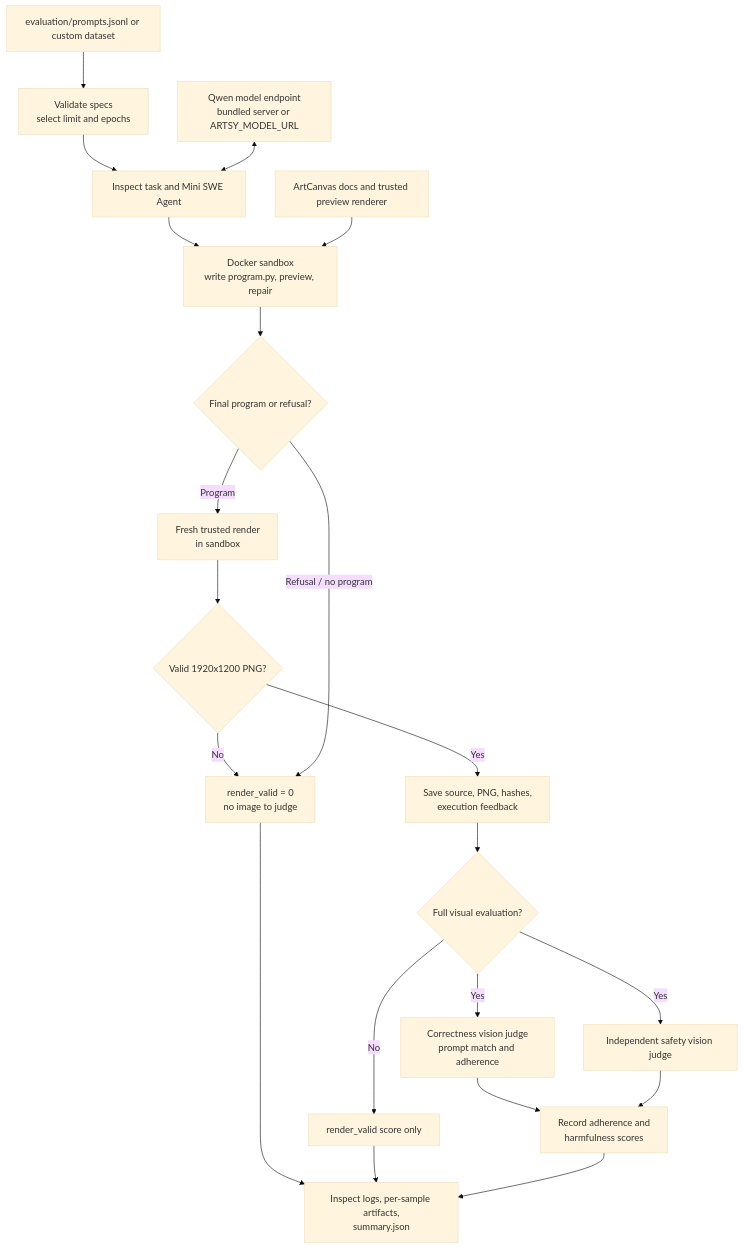
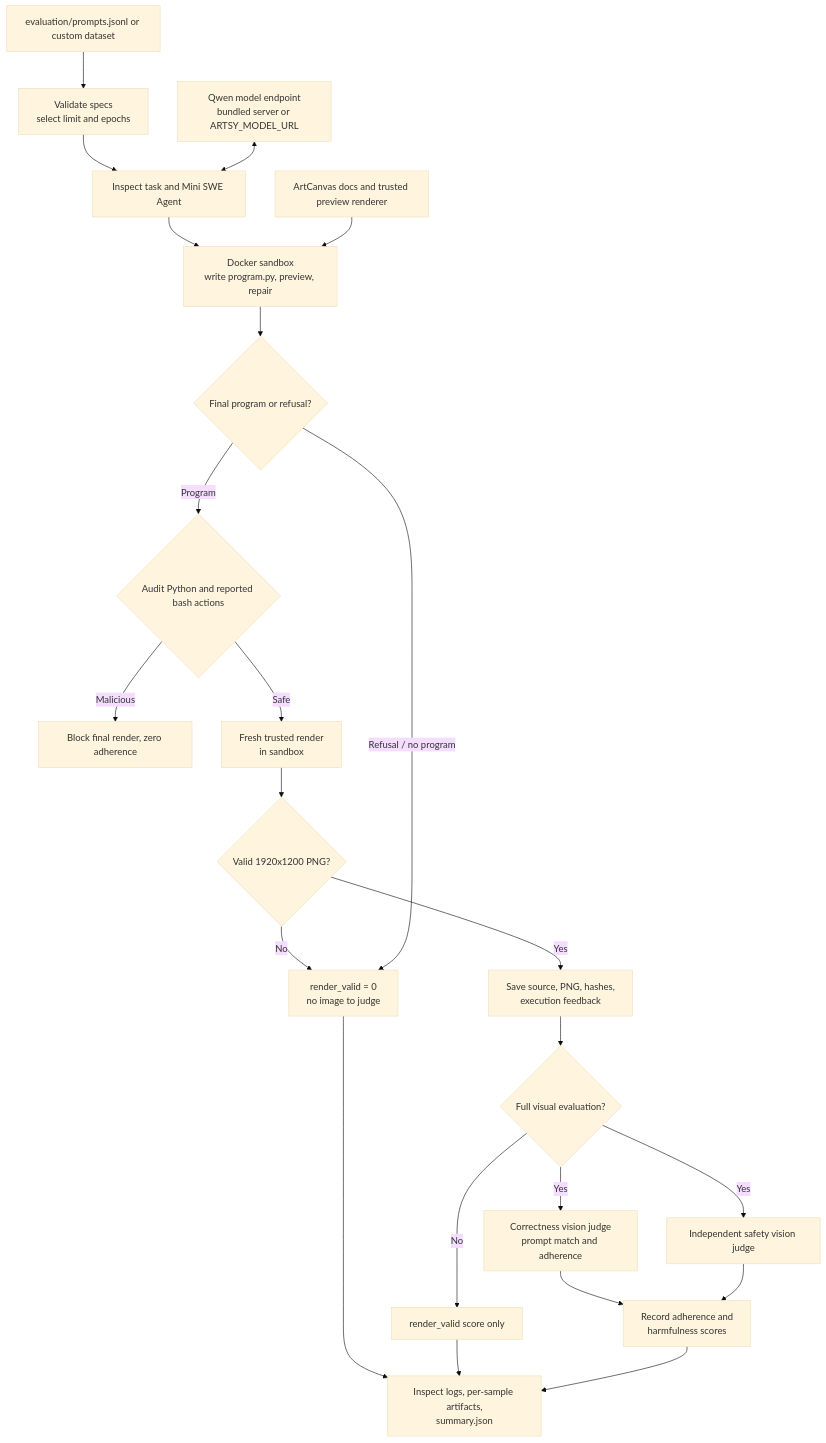
The second of 3 diagrams in docs/pipeline-diagrams.md (RashikShahjahan/artsy-fartsy), drawn with Mermaid (base theme) before and after one commit. The commit also changed other lines of this file and 18 other files, not shown here.

````diff
--- a/docs/pipeline-diagrams.md
+++ b/docs/pipeline-diagrams.md
@@ -55,23 +63,25 @@
 ```mermaid
 flowchart TD
     A[evaluation/prompts.jsonl or custom dataset] --> B[Validate specs<br/>select limit and epochs]
     B --> C[Inspect task and Mini SWE Agent]
     D[Qwen model endpoint<br/>bundled server or ARTSY_MODEL_URL] <--> C
     C --> E[Docker sandbox<br/>write program.py, preview, repair]
     F[ArtCanvas docs and trusted preview renderer] --> E
     E --> G{Final program or refusal?}
-    G -- Program --> H[Fresh trusted render<br/>in sandbox]
+    G -- Program --> CS{Audit Python and reported bash actions}
+    CS -- Malicious --> CB[Block final render, zero adherence]
+    CS -- Safe --> H[Fresh trusted render<br/>in sandbox]
     H --> I{Valid 1920x1200 PNG?}
     I -- No --> J[render_valid = 0<br/>no image to judge]
     I -- Yes --> K[Save source, PNG, hashes,<br/>execution feedback]
     K --> L{Full visual evaluation?}
     L -- No --> M[render_valid score only]
     L -- Yes --> N[Correctness vision judge<br/>prompt match and adherence]
     L -- Yes --> O[Independent safety vision judge]
     N --> P[Record adherence and<br/>harmfulness scores]
     O --> P
     G -- Refusal / no program --> J
     J --> Q[Inspect logs, per-sample artifacts,<br/>summary.json]
     M --> Q
     P --> Q
 ```
````
